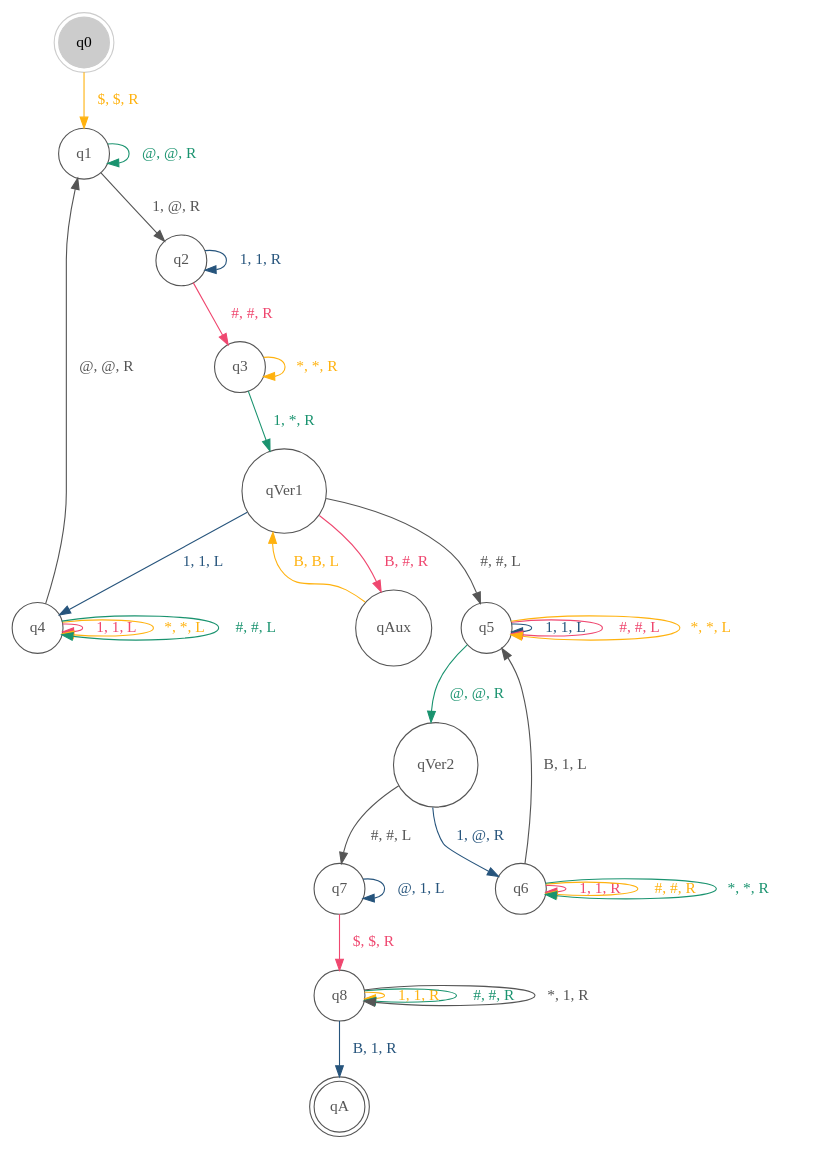
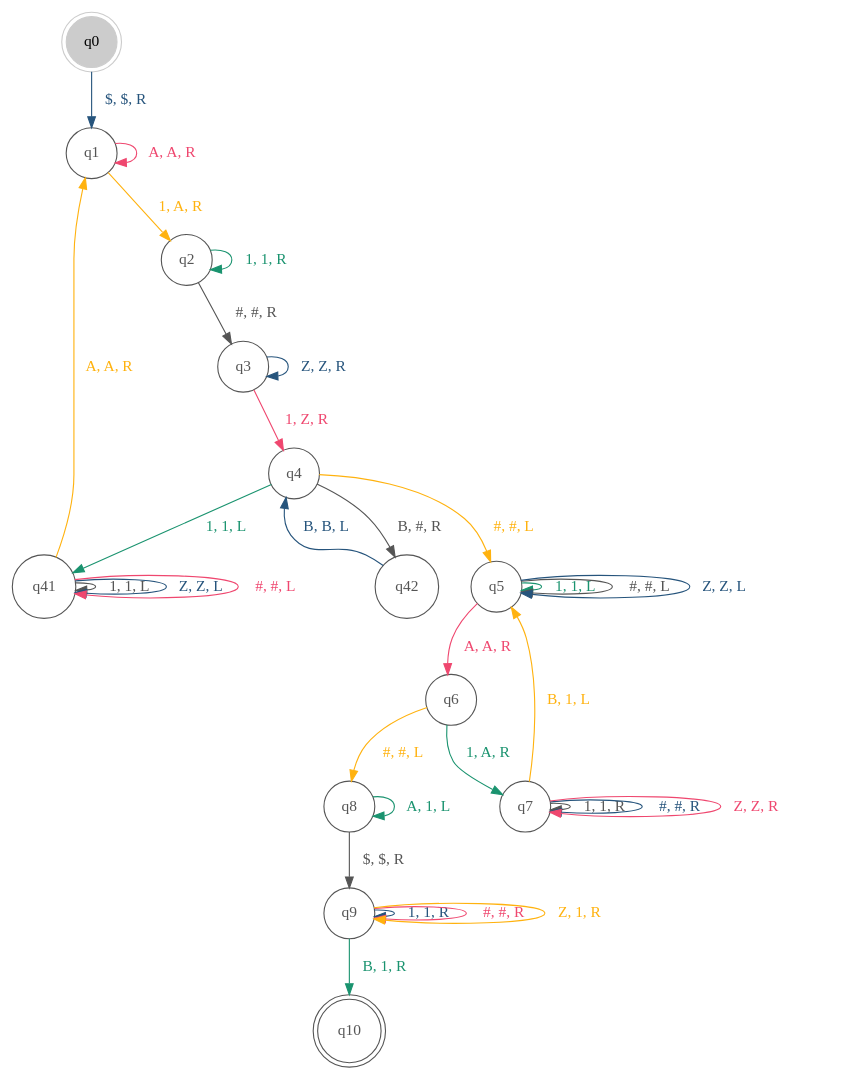
The diagram in Lab3/dots/mt_subtracao.dot (PedroDeSanti/PCS3616), drawn with Graphviz before and after one commit. The commit also changed 3 other files, not shown here.

```diff
--- a/Lab3/dots/mt_subtracao.dot
+++ b/Lab3/dots/mt_subtracao.dot
@@ -1,36 +1,36 @@
 digraph turing_machine {
   "q0" [shape=doublecircle,style=filled,color="#cccccc"]
-  "qA" [shape=doublecircle,color="#555555",fontcolor="#555555"]
+  "q10" [shape=doublecircle,color="#555555",fontcolor="#555555"]
   node [shape=circle,color="#555555",fontcolor="#555555"];
-  "q0" -> "q1" [ label = "  $, $, R  ", color="#FFB20F", fontcolor="#FFB20F"]
-  "q1" -> "q1" [ label = "  @, @, R  ", color="#1A936F", fontcolor="#1A936F"]
-  "q1" -> "q2" [ label = "  1, @, R  ", color="#555555", fontcolor="#555555"]
-  "q2" -> "q2" [ label = "  1, 1, R  ", color="#26547C", fontcolor="#26547C"]
-  "q2" -> "q3" [ label = "  #, #, R  ", color="#EF476F", fontcolor="#EF476F"]
-  "q3" -> "q3" [ label = "  *, *, R  ", color="#FFB20F", fontcolor="#FFB20F"]
-  "q3" -> "qVer1" [ label = "  1, *, R  ", color="#1A936F", fontcolor="#1A936F"]
-  "qVer1" -> "q5" [ label = "  #, #, L  ", color="#555555", fontcolor="#555555"]
-  "qVer1" -> "q4" [ label = "  1, 1, L  ", color="#26547C", fontcolor="#26547C"]
-  "q4" -> "q4" [ label = "  1, 1, L  ", color="#EF476F", fontcolor="#EF476F"]
-  "q4" -> "q4" [ label = "  *, *, L  ", color="#FFB20F", fontcolor="#FFB20F"]
-  "q4" -> "q4" [ label = "  #, #, L  ", color="#1A936F", fontcolor="#1A936F"]
-  "q4" -> "q1" [ label = "  @, @, R  ", color="#555555", fontcolor="#555555"]
-  "q5" -> "q5" [ label = "  1, 1, L  ", color="#26547C", fontcolor="#26547C"]
-  "q5" -> "q5" [ label = "  #, #, L  ", color="#EF476F", fontcolor="#EF476F"]
-  "q5" -> "q5" [ label = "  *, *, L  ", color="#FFB20F", fontcolor="#FFB20F"]
-  "q5" -> "qVer2" [ label = "  @, @, R  ", color="#1A936F", fontcolor="#1A936F"]
-  "qVer2" -> "q7" [ label = "  #, #, L  ", color="#555555", fontcolor="#555555"]
-  "qVer2" -> "q6" [ label = "  1, @, R  ", color="#26547C", fontcolor="#26547C"]
-  "q6" -> "q6" [ label = "  1, 1, R  ", color="#EF476F", fontcolor="#EF476F"]
-  "q6" -> "q6" [ label = "  #, #, R  ", color="#FFB20F", fontcolor="#FFB20F"]
-  "q6" -> "q6" [ label = "  *, *, R  ", color="#1A936F", fontcolor="#1A936F"]
-  "q6" -> "q5" [ label = "  B, 1, L  ", color="#555555", fontcolor="#555555"]
-  "q7" -> "q7" [ label = "  @, 1, L  ", color="#26547C", fontcolor="#26547C"]
-  "q7" -> "q8" [ label = "  $, $, R  ", color="#EF476F", fontcolor="#EF476F"]
-  "q8" -> "q8" [ label = "  1, 1, R  ", color="#FFB20F", fontcolor="#FFB20F"]
-  "q8" -> "q8" [ label = "  #, #, R  ", color="#1A936F", fontcolor="#1A936F"]
-  "q8" -> "q8" [ label = "  *, 1, R  ", color="#555555", fontcolor="#555555"]
-  "q8" -> "qA" [ label = "  B, 1, R  ", color="#26547C", fontcolor="#26547C"]
-  "qVer1" -> "qAux" [ label = "  B, #, R  ", color="#EF476F", fontcolor="#EF476F"]
-  "qAux" -> "qVer1" [ label = "  B, B, L  ", color="#FFB20F", fontcolor="#FFB20F"]
+  "q0" -> "q1" [ label = "  $, $, R  ", color="#26547C", fontcolor="#26547C"]
+  "q1" -> "q1" [ label = "  A, A, R  ", color="#EF476F", fontcolor="#EF476F"]
+  "q1" -> "q2" [ label = "  1, A, R  ", color="#FFB20F", fontcolor="#FFB20F"]
+  "q2" -> "q2" [ label = "  1, 1, R  ", color="#1A936F", fontcolor="#1A936F"]
+  "q2" -> "q3" [ label = "  #, #, R  ", color="#555555", fontcolor="#555555"]
+  "q3" -> "q3" [ label = "  Z, Z, R  ", color="#26547C", fontcolor="#26547C"]
+  "q3" -> "q4" [ label = "  1, Z, R  ", color="#EF476F", fontcolor="#EF476F"]
+  "q4" -> "q5" [ label = "  #, #, L  ", color="#FFB20F", fontcolor="#FFB20F"]
+  "q4" -> "q41" [ label = "  1, 1, L  ", color="#1A936F", fontcolor="#1A936F"]
+  "q41" -> "q41" [ label = "  1, 1, L  ", color="#555555", fontcolor="#555555"]
+  "q41" -> "q41" [ label = "  Z, Z, L  ", color="#26547C", fontcolor="#26547C"]
+  "q41" -> "q41" [ label = "  #, #, L  ", color="#EF476F", fontcolor="#EF476F"]
+  "q41" -> "q1" [ label = "  A, A, R  ", color="#FFB20F", fontcolor="#FFB20F"]
+  "q5" -> "q5" [ label = "  1, 1, L  ", color="#1A936F", fontcolor="#1A936F"]
+  "q5" -> "q5" [ label = "  #, #, L  ", color="#555555", fontcolor="#555555"]
+  "q5" -> "q5" [ label = "  Z, Z, L  ", color="#26547C", fontcolor="#26547C"]
+  "q5" -> "q6" [ label = "  A, A, R  ", color="#EF476F", fontcolor="#EF476F"]
+  "q6" -> "q8" [ label = "  #, #, L  ", color="#FFB20F", fontcolor="#FFB20F"]
+  "q6" -> "q7" [ label = "  1, A, R  ", color="#1A936F", fontcolor="#1A936F"]
+  "q7" -> "q7" [ label = "  1, 1, R  ", color="#555555", fontcolor="#555555"]
+  "q7" -> "q7" [ label = "  #, #, R  ", color="#26547C", fontcolor="#26547C"]
+  "q7" -> "q7" [ label = "  Z, Z, R  ", color="#EF476F", fontcolor="#EF476F"]
+  "q7" -> "q5" [ label = "  B, 1, L  ", color="#FFB20F", fontcolor="#FFB20F"]
+  "q8" -> "q8" [ label = "  A, 1, L  ", color="#1A936F", fontcolor="#1A936F"]
+  "q8" -> "q9" [ label = "  $, $, R  ", color="#555555", fontcolor="#555555"]
+  "q9" -> "q9" [ label = "  1, 1, R  ", color="#26547C", fontcolor="#26547C"]
+  "q9" -> "q9" [ label = "  #, #, R  ", color="#EF476F", fontcolor="#EF476F"]
+  "q9" -> "q9" [ label = "  Z, 1, R  ", color="#FFB20F", fontcolor="#FFB20F"]
+  "q9" -> "q10" [ label = "  B, 1, R  ", color="#1A936F", fontcolor="#1A936F"]
+  "q4" -> "q42" [ label = "  B, #, R  ", color="#555555", fontcolor="#555555"]
+  "q42" -> "q4" [ label = "  B, B, L  ", color="#26547C", fontcolor="#26547C"]
 }
```
